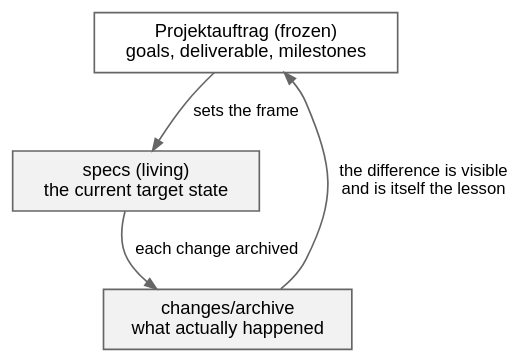
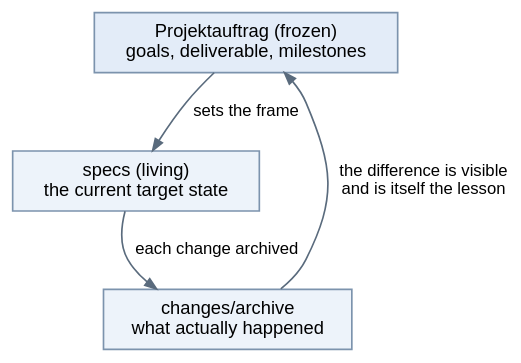
One commit to htl-leonding-college/curriculum-syp3 changed the diagram in modules/governance-project-charter/questions.adoc. Above: the diagram before and after it, drawn with Graphviz. The commit also changed 65 other files, not shown here.

First line of the commit message:
feat(site): give the diagrams a semantic pastel palette

```diff
--- a/modules/governance-project-charter/questions.adoc
+++ b/modules/governance-project-charter/questions.adoc
@@ -126,19 +126,19 @@
 [graphviz,q-frozen,svg]
 ----
 digraph frozen {
   rankdir=TB;
   bgcolor="transparent";
-  node [shape=box, style=filled, fillcolor="#f2f2f2", color="#666666",
+  node [shape=box, style=filled, fillcolor="#EDF3FA", color="#7C93AD",
         fontname="Helvetica", fontsize=11];
-  edge [color="#666666", arrowsize=0.7, fontname="Helvetica", fontsize=10];
+  edge [color="#5A6B7D", arrowsize=0.7, fontname="Helvetica", fontsize=10];
 
   C [label="Projektauftrag (frozen)\ngoals, deliverable, milestones",
-     fillcolor="#ffffff"];
+     fillcolor="#E3ECF8"];
   S [label="specs (living)\nthe current target state"];
   A [label="changes/archive\nwhat actually happened"];
 
   C -> S [label="sets the frame"];
   S -> A [label="each change archived"];
   A -> C [label="the difference is visible\nand is itself the lesson"];
 }
 ----
```
